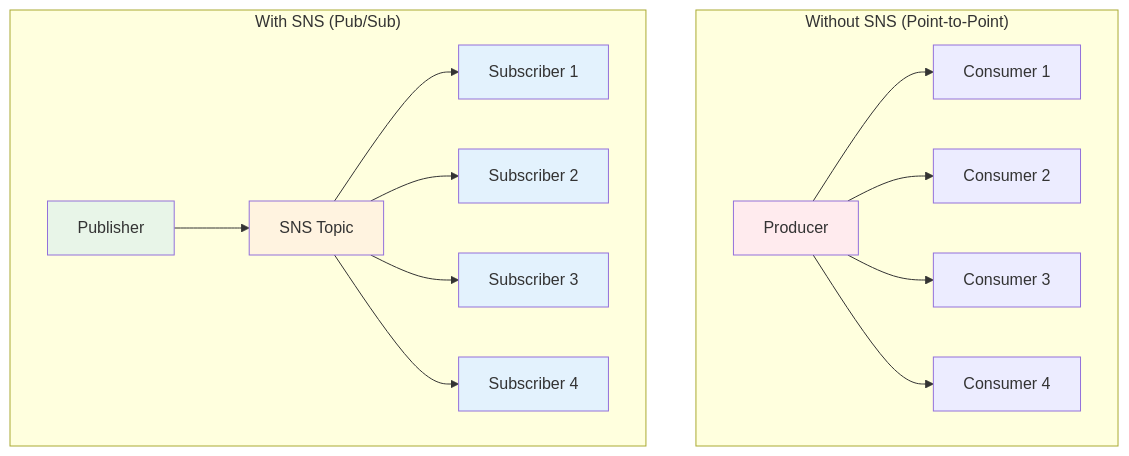
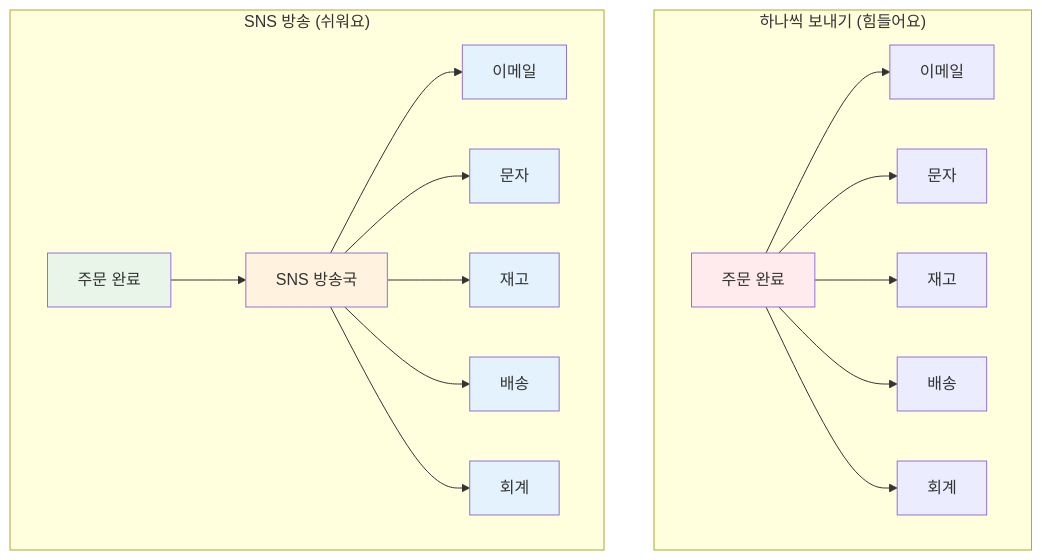
Before and after one commit to niceguy61/kdt_devops_lecture_2025: the second of 7 diagrams in theory/november/week_02/day1/session_2.md, drawn with Mermaid. The commit also changed other lines of this file and 1 other file, not shown here.

````diff
--- a/theory/november/week_02/day1/session_2.md
+++ b/theory/november/week_02/day1/session_2.md
@@ -74,25 +125,28 @@
 ```mermaid
 graph TB
-    subgraph "Without SNS (Point-to-Point)"
-        A1[Producer] --> B1[Consumer 1]
-        A1 --> B2[Consumer 2]
-        A1 --> B3[Consumer 3]
-        A1 --> B4[Consumer 4]
+    subgraph "하나씩 보내기 (힘들어요)"
+        A1[주문 완료] --> B1[이메일]
+        A1 --> B2[문자]
+        A1 --> B3[재고]
+        A1 --> B4[배송]
+        A1 --> B5[회계]
     end
     
-    subgraph "With SNS (Pub/Sub)"
-        A2[Publisher] --> T[SNS Topic]
-        T --> C1[Subscriber 1]
-        T --> C2[Subscriber 2]
-        T --> C3[Subscriber 3]
-        T --> C4[Subscriber 4]
+    subgraph "SNS 방송 (쉬워요)"
+        A2[주문 완료] --> T[SNS 방송국]
+        T --> C1[이메일]
+        T --> C2[문자]
+        T --> C3[재고]
+        T --> C4[배송]
+        T --> C5[회계]
     end
     
     style A1 fill:#ffebee
     style A2 fill:#e8f5e8
     style T fill:#fff3e0
     style C1 fill:#e3f2fd
     style C2 fill:#e3f2fd
     style C3 fill:#e3f2fd
     style C4 fill:#e3f2fd
+    style C5 fill:#e3f2fd
 ```
````
